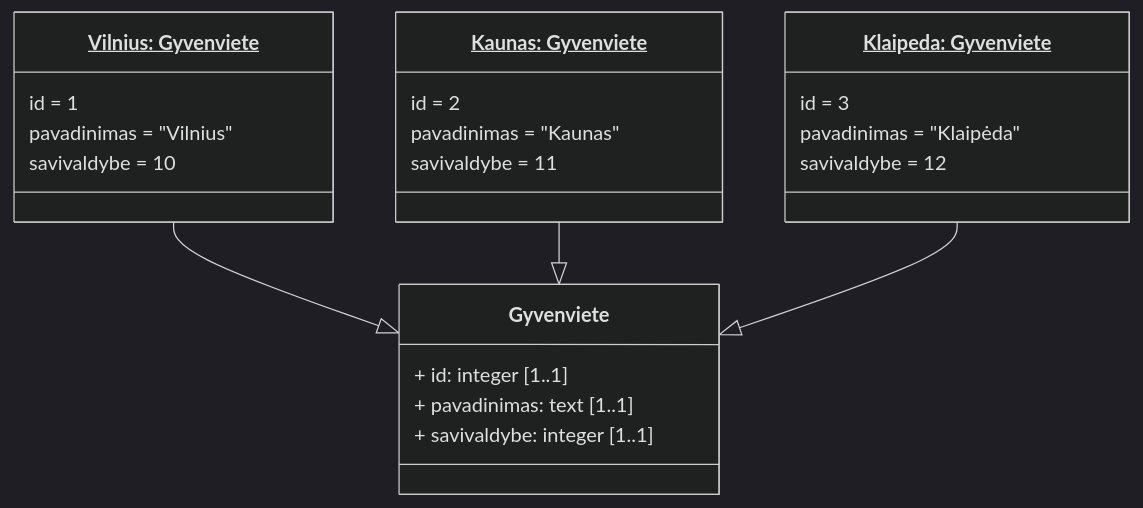
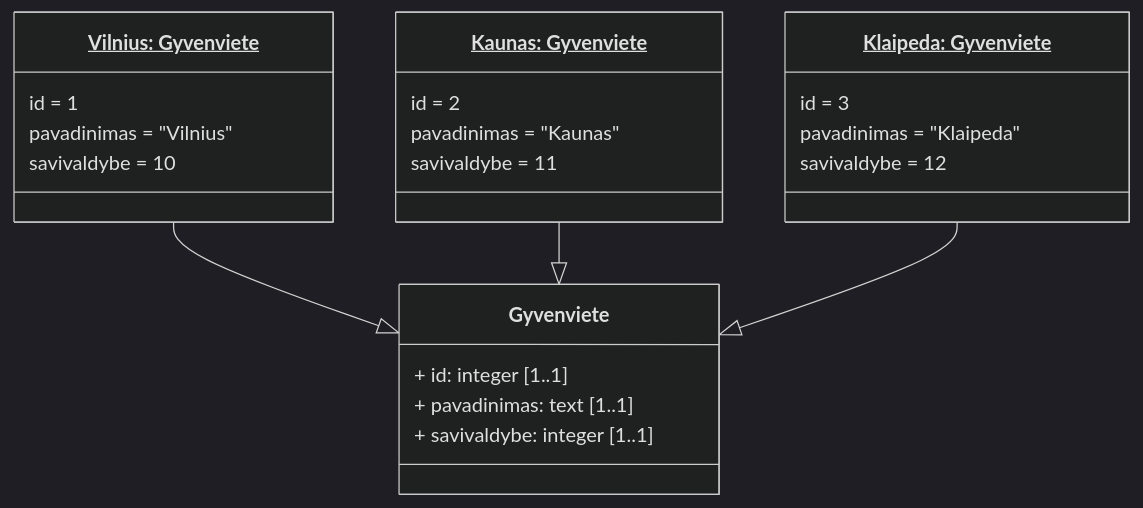
Before and after one commit to karina-klinkeviciute/dsa: the second of 14 diagrams in _sources/modelis.rst, drawn with Mermaid (dark theme). The commit also changed other lines of this file and 4 other files, not shown here.

```diff
--- a/_sources/modelis.rst
+++ b/_sources/modelis.rst
@@ -131,28 +131,28 @@
 .. mermaid::
 
    classDiagram
      class Gyvenviete {
        + id: integer [1..1]
        + pavadinimas: text [1..1]
        + savivaldybe: integer [1..1]
      }
 
      class Vilnius["<u>Vilnius: Gyvenviete</u>"] {
        id = 1
        pavadinimas = "Vilnius"
        savivaldybe = 10
      }
      class Kaunas["<u>Kaunas: Gyvenviete</u>"] {
        id = 2
        pavadinimas = "Kaunas"
        savivaldybe = 11
      }
      class Klaipeda["<u>Klaipeda: Gyvenviete</u>"] {
        id = 3
-       pavadinimas = "Klaipėda"
+       pavadinimas = "Klaipeda"
        savivaldybe = 12
      }
 
      Vilnius --|> Gyvenviete
      Kaunas --|> Gyvenviete
      Klaipeda --|> Gyvenviete
```
